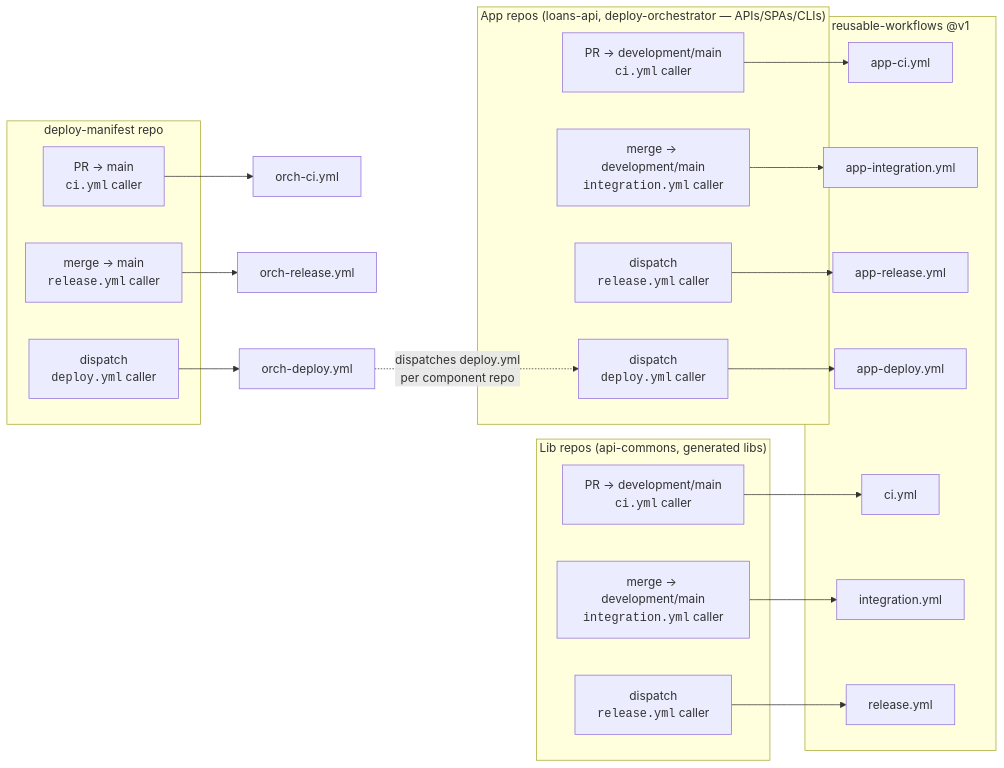
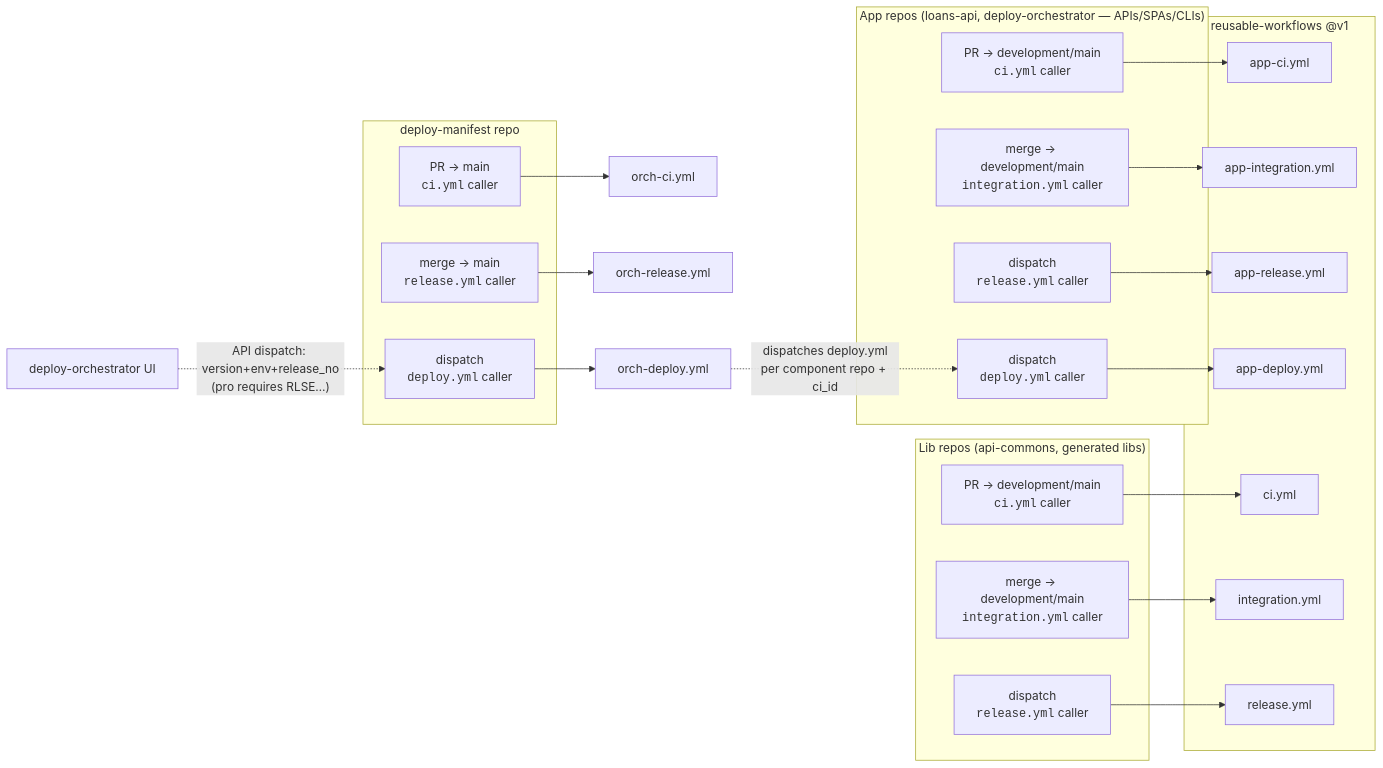
The first of 11 diagrams in docs/flows.md (progmise/reusable-workflows), drawn with Mermaid before and after one commit. The commit also changed 4 other files, not shown here.

First line of the commit message:
orch-deploy: release_no pro gate + ci_id dispatch + prune-vcr (#2)

````diff
--- a/docs/flows.md
+++ b/docs/flows.md
@@ -8,42 +8,44 @@
 ```mermaid
 flowchart LR
     subgraph API["App repos (loans-api, deploy-orchestrator — APIs/SPAs/CLIs)"]
         A_PR["PR → development/main<br/><code>ci.yml</code> caller"]
         A_PUSH["merge → development/main<br/><code>integration.yml</code> caller"]
         A_REL["dispatch<br/><code>release.yml</code> caller"]
         A_DEP["dispatch<br/><code>deploy.yml</code> caller"]
     end
     subgraph LIB["Lib repos (api-commons, generated libs)"]
         L_PR["PR → development/main<br/><code>ci.yml</code> caller"]
         L_PUSH["merge → development/main<br/><code>integration.yml</code> caller"]
         L_REL["dispatch<br/><code>release.yml</code> caller"]
     end
     subgraph RW["reusable-workflows @v1"]
         RW_ACI[app-ci.yml]
         RW_AIN[app-integration.yml]
         RW_ARE[app-release.yml]
         RW_ADE[app-deploy.yml]
         RW_CI[ci.yml]
         RW_IN[integration.yml]
         RW_RE[release.yml]
     end
     A_PR --> RW_ACI
     A_PUSH --> RW_AIN
     A_REL --> RW_ARE
     A_DEP --> RW_ADE
     L_PR --> RW_CI
     L_PUSH --> RW_IN
     L_REL --> RW_RE
     subgraph MAN["deploy-manifest repo"]
         M_PR["PR → main<br/><code>ci.yml</code> caller"]
         M_PUSH["merge → main<br/><code>release.yml</code> caller"]
         M_DEP["dispatch<br/><code>deploy.yml</code> caller"]
     end
     RW_OCI[orch-ci.yml]
     RW_ORE[orch-release.yml]
     RW_ODE[orch-deploy.yml]
     M_PR --> RW_OCI
     M_PUSH --> RW_ORE
     M_DEP --> RW_ODE
-    RW_ODE -. "dispatches deploy.yml<br/>per component repo" .-> A_DEP
+    RW_ODE -. "dispatches deploy.yml<br/>per component repo + ci_id" .-> A_DEP
+    DASH["deploy-orchestrator UI"]
+    DASH -. "API dispatch: version+env+release_no<br/>(pro requires RLSE…)" .-> M_DEP
 ```
````
